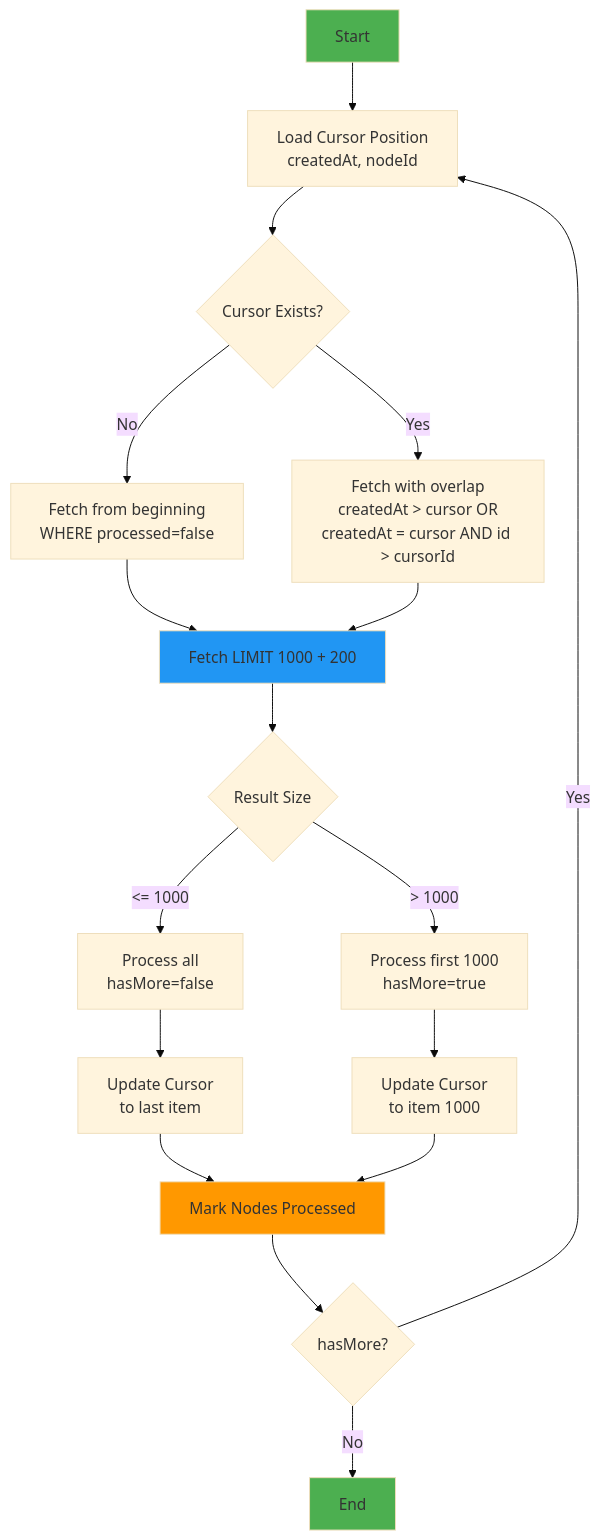
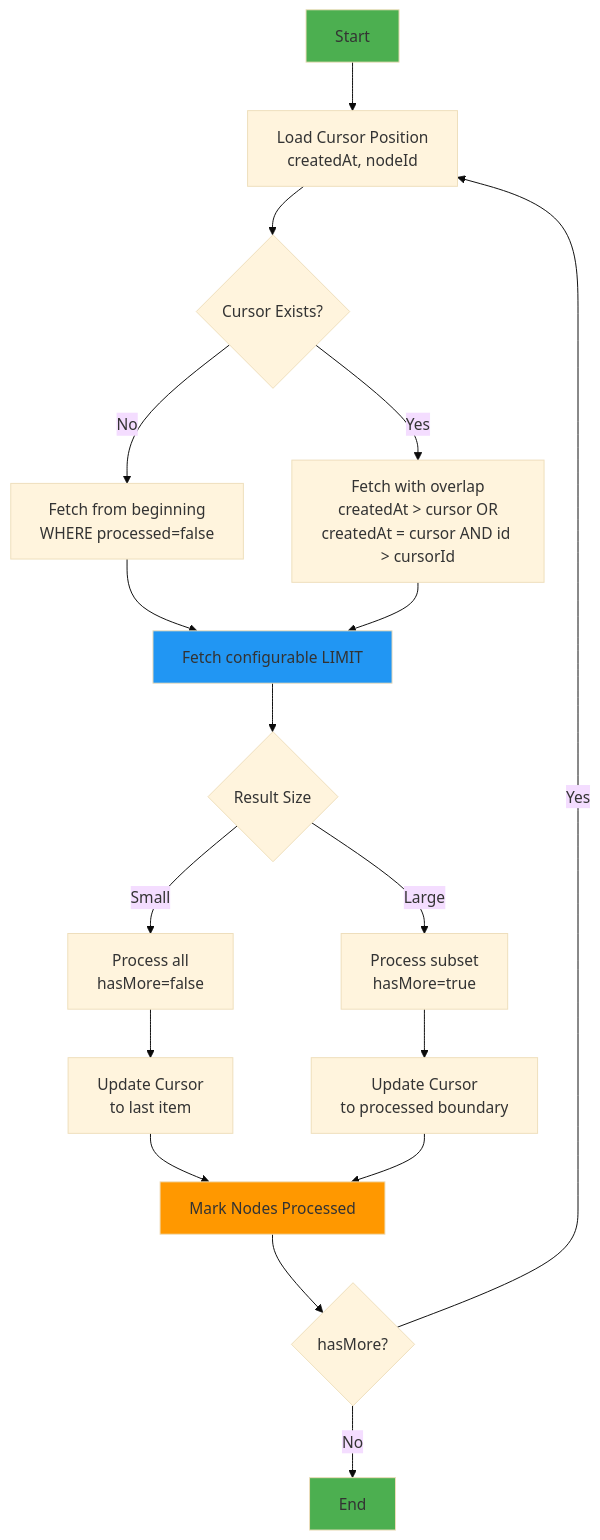
Before and after one commit to kagit00/schedule_x: the seventh of 25 diagrams in docs/Low Level Designs/ScheduledPotentialMatchesCreation.md, drawn with Mermaid (base theme). The commit also changed other lines of this file and 7 other files, not shown here.

````diff
--- a/docs/Low Level Designs/ScheduledPotentialMatchesCreation.md
+++ b/docs/Low Level Designs/ScheduledPotentialMatchesCreation.md
@@ -410,29 +325,29 @@
 ```mermaid
 flowchart TB
     A[Start] --> B[Load Cursor Position<br/>createdAt, nodeId]
     B --> C{Cursor Exists?}
     C -->|No| D[Fetch from beginning<br/>WHERE processed=false]
     C -->|Yes| E[Fetch with overlap<br/>createdAt > cursor OR<br/>createdAt = cursor AND id > cursorId]
-    
-    D --> F[Fetch LIMIT 1000 + 200]
+   
+    D --> F[Fetch configurable LIMIT]
     E --> F
-    
+   
     F --> G{Result Size}
-    G -->|<= 1000| H[Process all<br/>hasMore=false]
-    G -->|> 1000| I[Process first 1000<br/>hasMore=true]
-    
+    G -->|Small| H[Process all<br/>hasMore=false]
+    G -->|Large| I[Process subset<br/>hasMore=true]
+   
     H --> J[Update Cursor<br/>to last item]
-    I --> K[Update Cursor<br/>to item 1000]
-    
+    I --> K[Update Cursor<br/>to processed boundary]
+   
     J --> L[Mark Nodes Processed]
     K --> L
-    
+   
     L --> M{hasMore?}
     M -->|Yes| B
     M -->|No| N[End]
-    
+   
     style A fill:#4CAF50
     style F fill:#2196F3
     style L fill:#FF9800
     style N fill:#4CAF50
 ```
````
